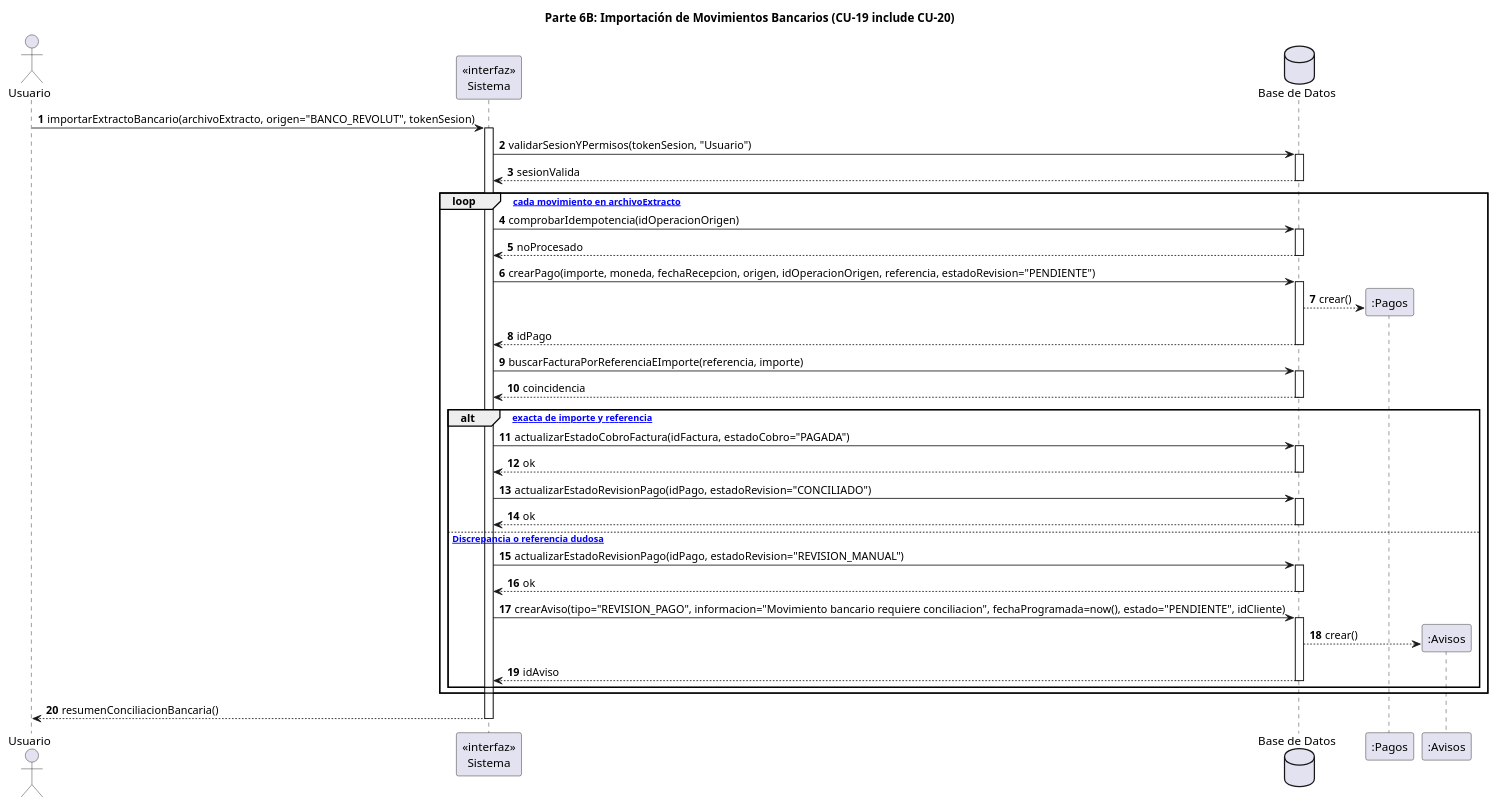
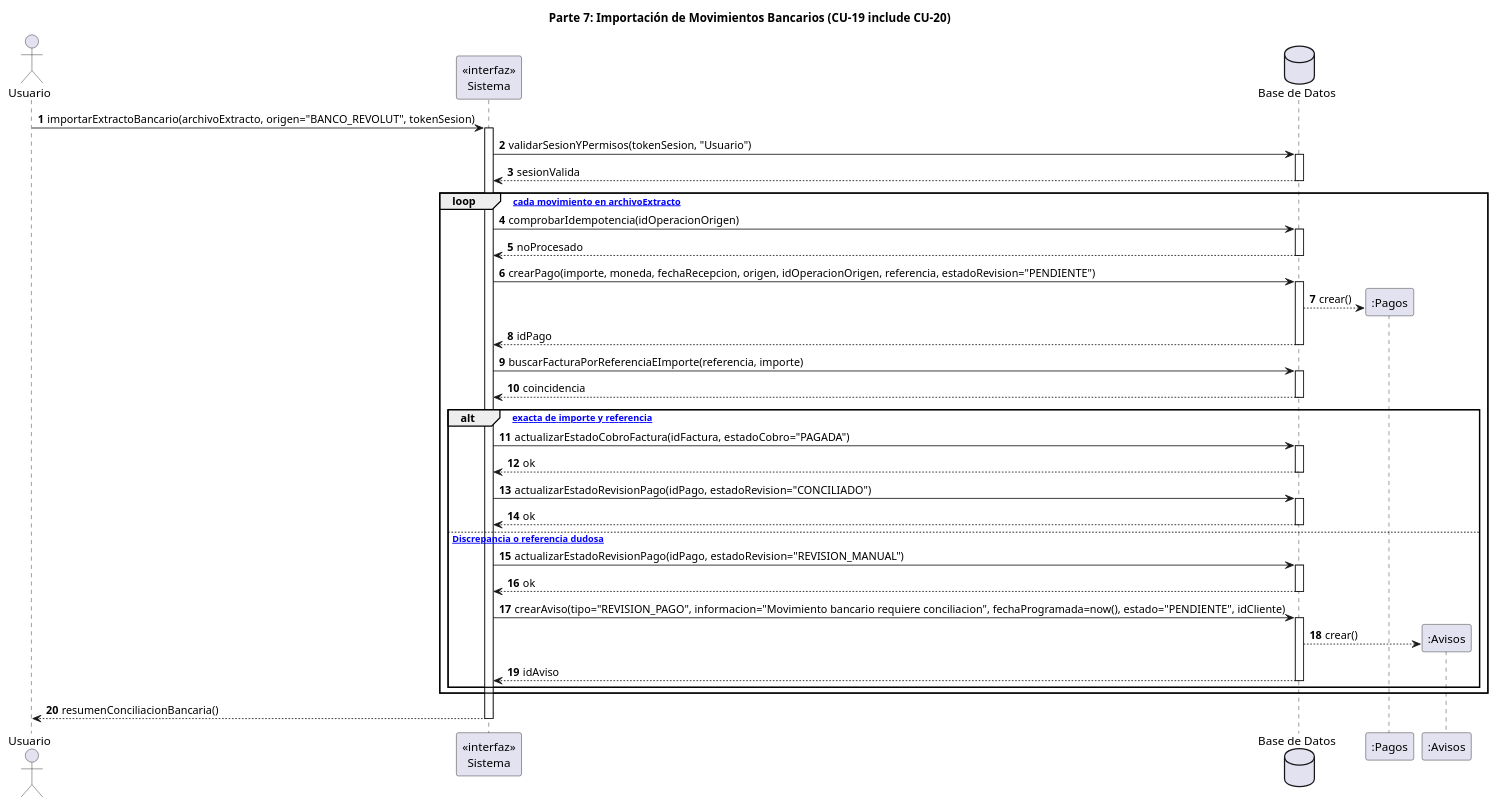
One commit to Ragavez/TurbineHuclides changed the seventh of 13 diagrams in Parcial 2/DiagramaSecuenciaUML/diagramas_de_secuencia_Codigo.md. Above: the diagram before and after it, drawn with PlantUML. The commit also changed other lines of this file, not shown here.

Commit message:
Corrección código parte 6

````diff
--- a/Parcial 2/DiagramaSecuenciaUML/diagramas_de_secuencia_Codigo.md
+++ b/Parcial 2/DiagramaSecuenciaUML/diagramas_de_secuencia_Codigo.md
@@ -554,62 +554,62 @@
 ```plantuml
 @startuml
 autonumber
-title Parte 6B: Importación de Movimientos Bancarios (CU-19 include CU-20)
+title Parte 7: Importación de Movimientos Bancarios (CU-19 include CU-20)
 
 actor "Usuario" as Operativo
 participant "«interfaz»\nSistema" as Sistema
 database "Base de Datos" as BD
 
 Operativo -> Sistema : importarExtractoBancario(archivoExtracto, origen="BANCO_REVOLUT", tokenSesion)
 activate Sistema
 
 Sistema -> BD : validarSesionYPermisos(tokenSesion, "Usuario")
 activate BD
 BD --> Sistema : sesionValida
 deactivate BD
 
 loop [Para cada movimiento en archivoExtracto]
     Sistema -> BD : comprobarIdempotencia(idOperacionOrigen)
     activate BD
     BD --> Sistema : noProcesado
     deactivate BD
 
     Sistema -> BD : crearPago(importe, moneda, fechaRecepcion, origen, idOperacionOrigen, referencia, estadoRevision="PENDIENTE")
     activate BD
     create participant ":Pagos" as PagoBanco
     BD --> PagoBanco : crear()
     BD --> Sistema : idPago
     deactivate BD
 
     Sistema -> BD : buscarFacturaPorReferenciaEImporte(referencia, importe)
     activate BD
     BD --> Sistema : coincidencia
     deactivate BD
 
     alt [Coincidencia exacta de importe y referencia]
         Sistema -> BD : actualizarEstadoCobroFactura(idFactura, estadoCobro="PAGADA")
         activate BD
         BD --> Sistema : ok
         deactivate BD
         Sistema -> BD : actualizarEstadoRevisionPago(idPago, estadoRevision="CONCILIADO")
         activate BD
         BD --> Sistema : ok
         deactivate BD
     else [<<extend>> Discrepancia o referencia dudosa]
         Sistema -> BD : actualizarEstadoRevisionPago(idPago, estadoRevision="REVISION_MANUAL")
         activate BD
         BD --> Sistema : ok
         deactivate BD
         Sistema -> BD : crearAviso(tipo="REVISION_PAGO", informacion="Movimiento bancario requiere conciliacion", fechaProgramada=now(), estado="PENDIENTE", idCliente)
         activate BD
         create participant ":Avisos" as AvisoBanco
         BD --> AvisoBanco : crear()
         BD --> Sistema : idAviso
         deactivate BD
     end
 end
 
 Sistema --> Operativo : resumenConciliacionBancaria()
 deactivate Sistema
 @enduml
 ```
````
